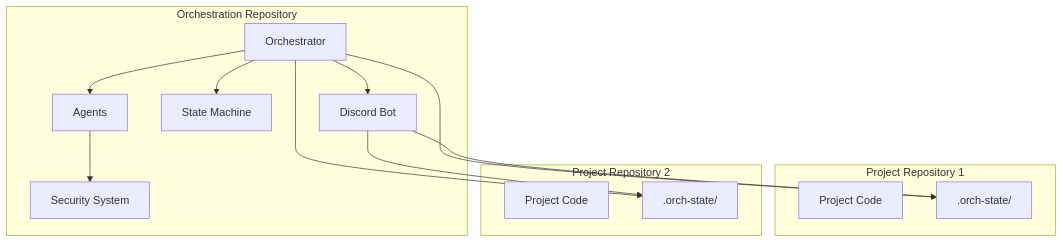
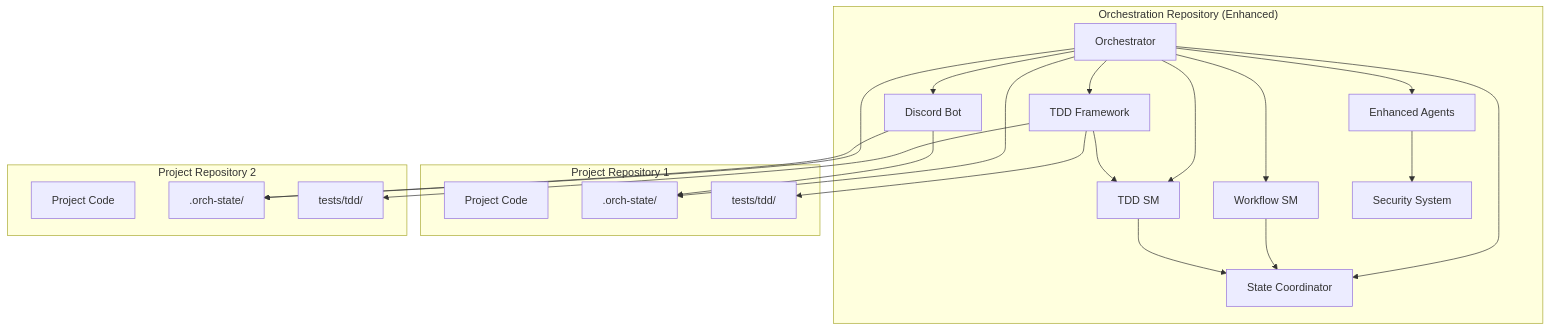
One commit to jmontp/agent-workflow changed the diagram in docs_src/advanced/orchestration-repo.md. Above: the diagram before and after it, drawn with Mermaid. The commit also changed other lines of this file and 9 other files, not shown here.

First line of the commit message:
Update advanced documentation for dual state machine architecture with TDD integration

````diff
--- a/docs_src/advanced/orchestration-repo.md
+++ b/docs_src/advanced/orchestration-repo.md
@@ -28,30 +31,43 @@
 ```mermaid
 graph TB
-    subgraph "Orchestration Repository"
+    subgraph "Orchestration Repository (Enhanced)"
         O[Orchestrator]
         DB[Discord Bot]
-        SM[State Machine]
-        A[Agents]
+        WSM[Workflow SM]
+        TSM[TDD SM]
+        SC[State Coordinator]
+        A[Enhanced Agents]
         S[Security System]
+        TDD[TDD Framework]
         
         O --> DB
-        O --> SM
+        O --> WSM
+        O --> TSM
+        O --> SC
         O --> A
+        O --> TDD
         A --> S
+        WSM --> SC
+        TSM --> SC
+        TDD --> TSM
     end
     
     subgraph "Project Repository 1"
         P1[Project Code]
         D1[.orch-state/]
+        T1[tests/tdd/]
     end
     
     subgraph "Project Repository 2"
         P2[Project Code]
         D2[.orch-state/]
+        T2[tests/tdd/]
     end
     
     O --> D1
     O --> D2
     DB --> D1
     DB --> D2
+    TDD --> T1
+    TDD --> T2
 ```
````
